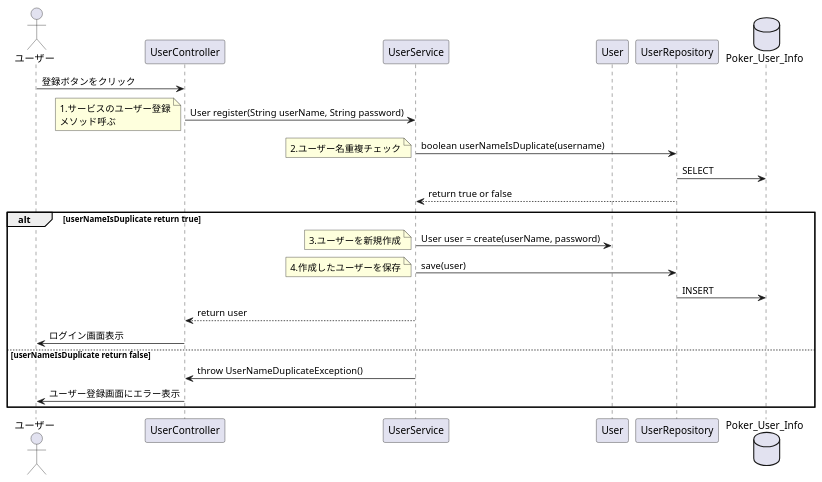
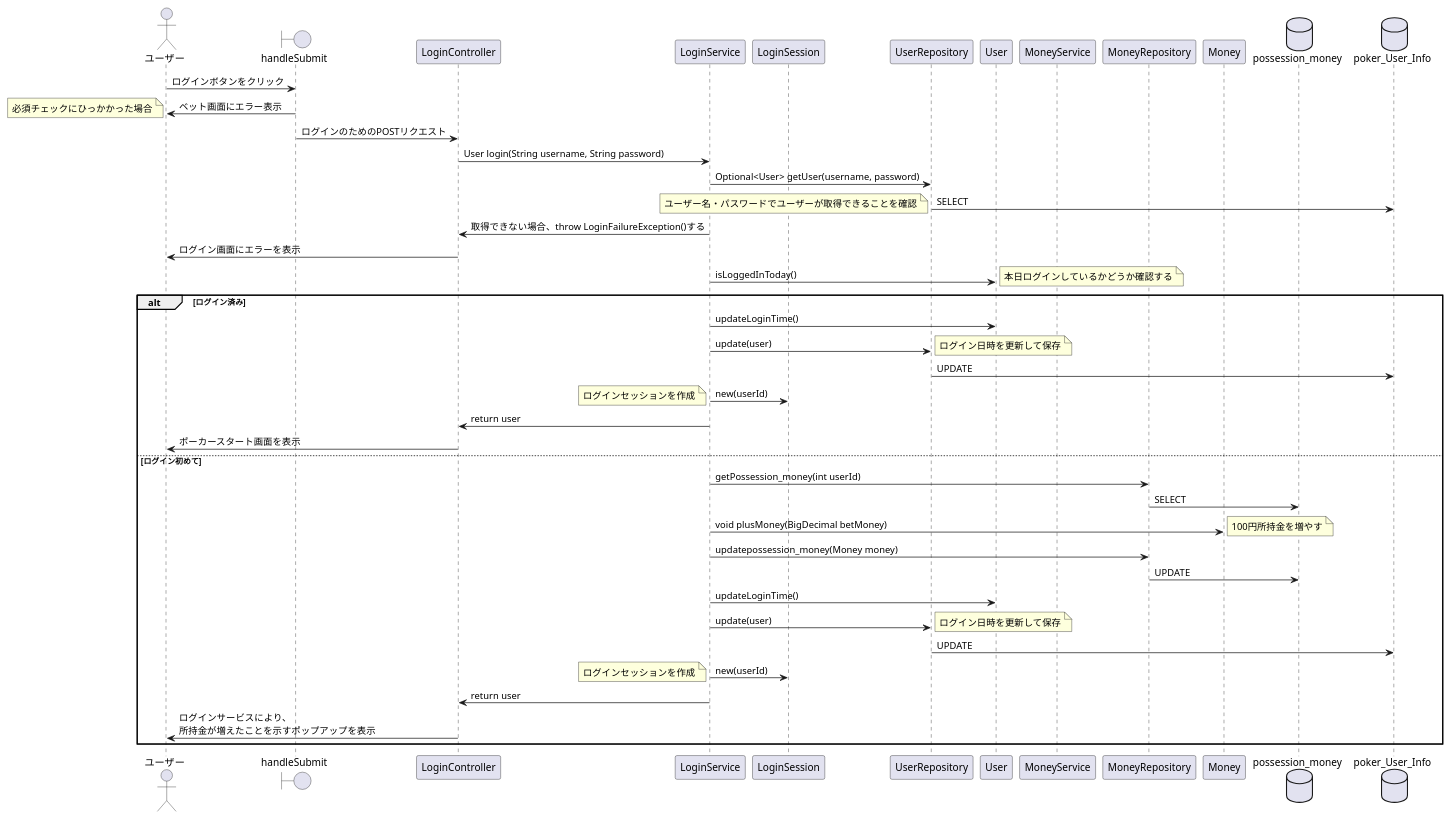
The diagram in docs/詳細設計/シーケンス図/ログイン/ログインする(シーケンス図).puml (CSTSCSTS/UserAp), drawn with PlantUML before and after one commit. The commit also changed 6 other files, not shown here.

Commit message:
ユーザー登録以外のシーケンス図を作成・修正

```diff
--- a/docs/詳細設計/シーケンス図/ログイン/ログインする(シーケンス図).puml
+++ b/docs/詳細設計/シーケンス図/ログイン/ログインする(シーケンス図).puml
@@ -1,31 +1,55 @@
 @startuml
 
 actor ユーザー
 
-participant UserController
-participant UserService
+boundary handleSubmit
+participant LoginController
+participant LoginService
+participant LoginSession
+participant UserRepository
 participant User
-participant UserRepository
-database Poker_User_Info
+participant MoneyService
+participant MoneyRepository
+participant Money
+database possession_money
+database poker_User_Info
 
-ユーザー -> UserController : 登録ボタンをクリック
-UserController -> UserService : User register(String userName, String password)
-note left: 1.サービスのユーザー登録\nメソッド呼ぶ
-UserService -> UserRepository : boolean userNameIsDuplicate(username)
-note left: 2.ユーザー名重複チェック
-UserRepository -> Poker_User_Info : SELECT
-UserRepository --> UserService : return true or false
-alt userNameIsDuplicate return true
-  UserService -> User : User user = create(userName, password)
-  note left: 3.ユーザーを新規作成
-  UserService -> UserRepository : save(user)
-  note left: 4.作成したユーザーを保存
-  UserRepository -> Poker_User_Info : INSERT
-  UserService --> UserController : return user
-  UserController -> ユーザー : ログイン画面表示
-else userNameIsDuplicate return false
-  UserService -> UserController : throw UserNameDuplicateException()
-  UserController -> ユーザー : ユーザー登録画面にエラー表示
+ユーザー -> handleSubmit : ログインボタンをクリック
+handleSubmit -> ユーザー : ベット画面にエラー表示
+note left : 必須チェックにひっかかった場合
+handleSubmit -> LoginController : ログインのためのPOSTリクエスト
+LoginController -> LoginService : User login(String username, String password)
+LoginService -> UserRepository : Optional<User> getUser(username, password)
+UserRepository -> poker_User_Info : SELECT
+note left : ユーザー名・パスワードでユーザーが取得できることを確認
+LoginService -> LoginController : 取得できない場合、throw LoginFailureException()する
+LoginController -> ユーザー : ログイン画面にエラーを表示
+LoginService -> User : isLoggedInToday()
+note right : 本日ログインしているかどうか確認する
+alt ログイン済み
+  LoginService -> User : updateLoginTime()
+  LoginService -> UserRepository : update(user)
+  note right : ログイン日時を更新して保存
+  UserRepository -> poker_User_Info : UPDATE
+  LoginService -> LoginSession : new(userId)
+  note left : ログインセッションを作成
+  LoginService -> LoginController : return user
+  LoginController -> ユーザー : ポーカースタート画面を表示
+else ログイン初めて
+  LoginService -> MoneyRepository : getPossession_money(int userId)
+  MoneyRepository -> possession_money : SELECT
+  LoginService -> Money : void plusMoney(BigDecimal betMoney)
+  note right : 100円所持金を増やす
+  LoginService -> MoneyRepository : updatepossession_money(Money money)
+  MoneyRepository -> possession_money : UPDATE
+  LoginService -> User : updateLoginTime()
+  LoginService -> UserRepository : update(user)
+  note right : ログイン日時を更新して保存
+  UserRepository -> poker_User_Info : UPDATE
+  LoginService -> LoginSession : new(userId)
+  note left : ログインセッションを作成
+  LoginService -> LoginController : return user
+  LoginController -> ユーザー : ログインサービスにより、\n所持金が増えたことを示すポップアップを表示
 end
 
 @enduml
```
